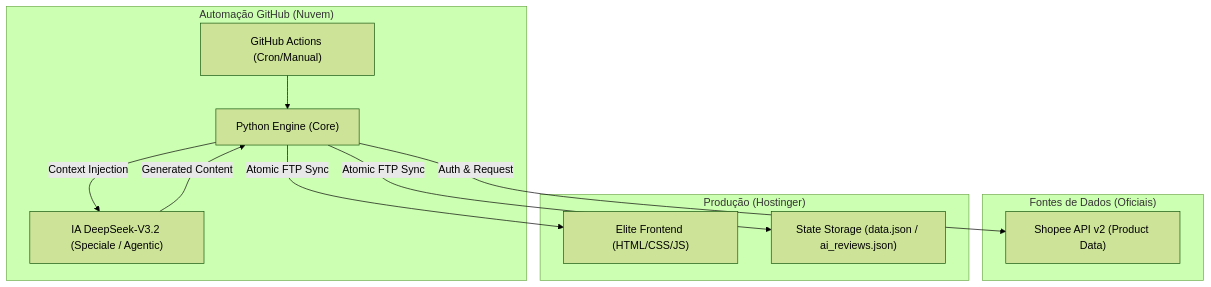
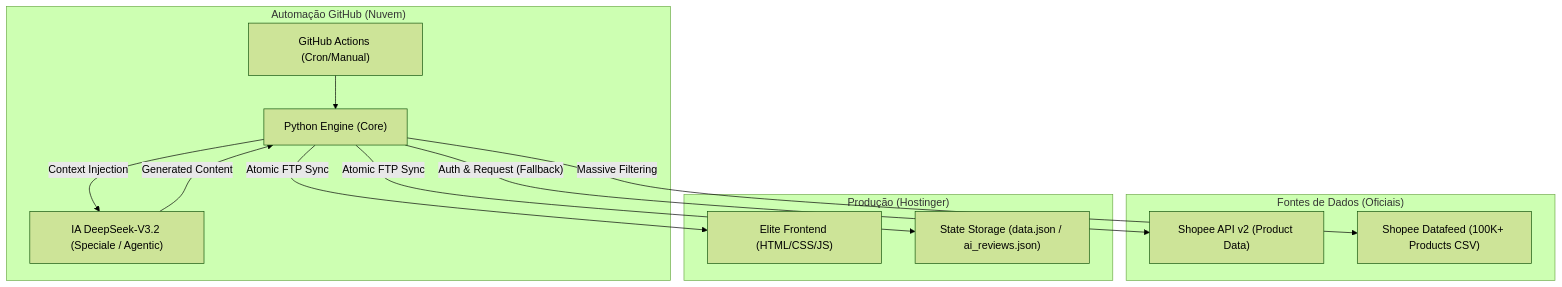
Before and after one commit to EricMacedo10/Rob-Titanium: the diagram in docs/TITANIUM_BRAIN/00_SYSTEM_ARCHITECTURE.md, drawn with Mermaid (forest theme). The commit also changed other lines of this file and 21 other files, not shown here.

Commit message:
security: sanitize credentials and update architecture documentation

````diff
--- a/docs/TITANIUM_BRAIN/00_SYSTEM_ARCHITECTURE.md
+++ b/docs/TITANIUM_BRAIN/00_SYSTEM_ARCHITECTURE.md
@@ -18,24 +18,26 @@
 ```mermaid
 graph TD
     subgraph "Automação GitHub (Nuvem)"
         ACTION["GitHub Actions (Cron/Manual)"]
         PYTHON["Python Engine (Core)"]
         AI["IA DeepSeek-V3.2 (Speciale / Agentic)"]
     end
 
     subgraph "Fontes de Dados (Oficiais)"
         SHP["Shopee API v2 (Product Data)"]
+        FEED["Shopee Datafeed (100K+ Products CSV)"]
     end
 
     subgraph "Produção (Hostinger)"
         SITE["Elite Frontend (HTML/CSS/JS)"]
         STATE["State Storage (data.json / ai_reviews.json)"]
     end
 
     ACTION --> PYTHON
-    PYTHON -- "Auth & Request" --> SHP
+    PYTHON -- "Massive Filtering" --> FEED
+    PYTHON -- "Auth & Request (Fallback)" --> SHP
     PYTHON -- "Context Injection" --> AI
     AI -- "Generated Content" --> PYTHON
     PYTHON -- "Atomic FTP Sync" --> STATE
     PYTHON -- "Atomic FTP Sync" --> SITE
 ```
````
